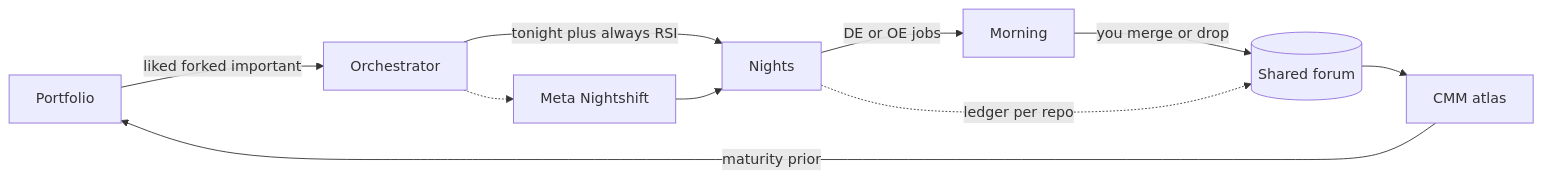
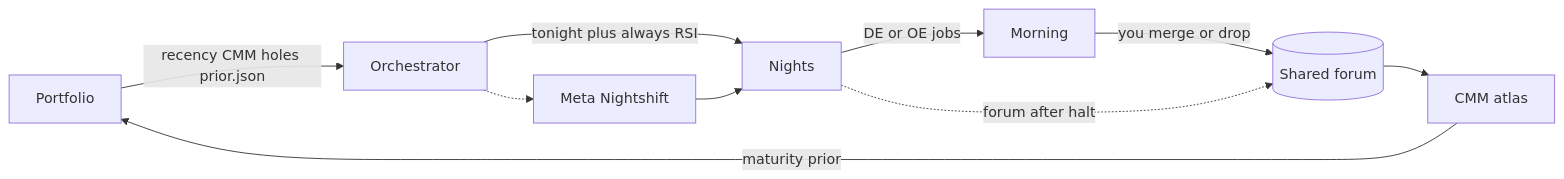
The first of 2 diagrams in ROADMAP.md (sw30labs/nightshift), drawn with Mermaid before and after one commit. The commit also changed other lines of this file and 1 other file, not shown here.

First line of the commit message:
docs: bag, forum, and local CMM are Now

````diff
--- a/ROADMAP.md
+++ b/ROADMAP.md
@@ -24,20 +22,20 @@
 ```mermaid
 flowchart LR
   P[Portfolio]
   O[Orchestrator]
   N[Nights]
   H[Morning]
   F[(Shared forum)]
   A[CMM atlas]
   R[Meta Nightshift]
 
-  P -->|liked forked important| O
+  P -->|recency CMM holes prior.json| O
   O -->|tonight plus always RSI| N
   N -->|DE or OE jobs| H
   H -->|you merge or drop| F
   F --> A
   A -->|maturity prior| P
   O -.-> R
   R --> N
-  N -.->|ledger per repo| F
+  N -.->|forum after halt| F
 ```
````
